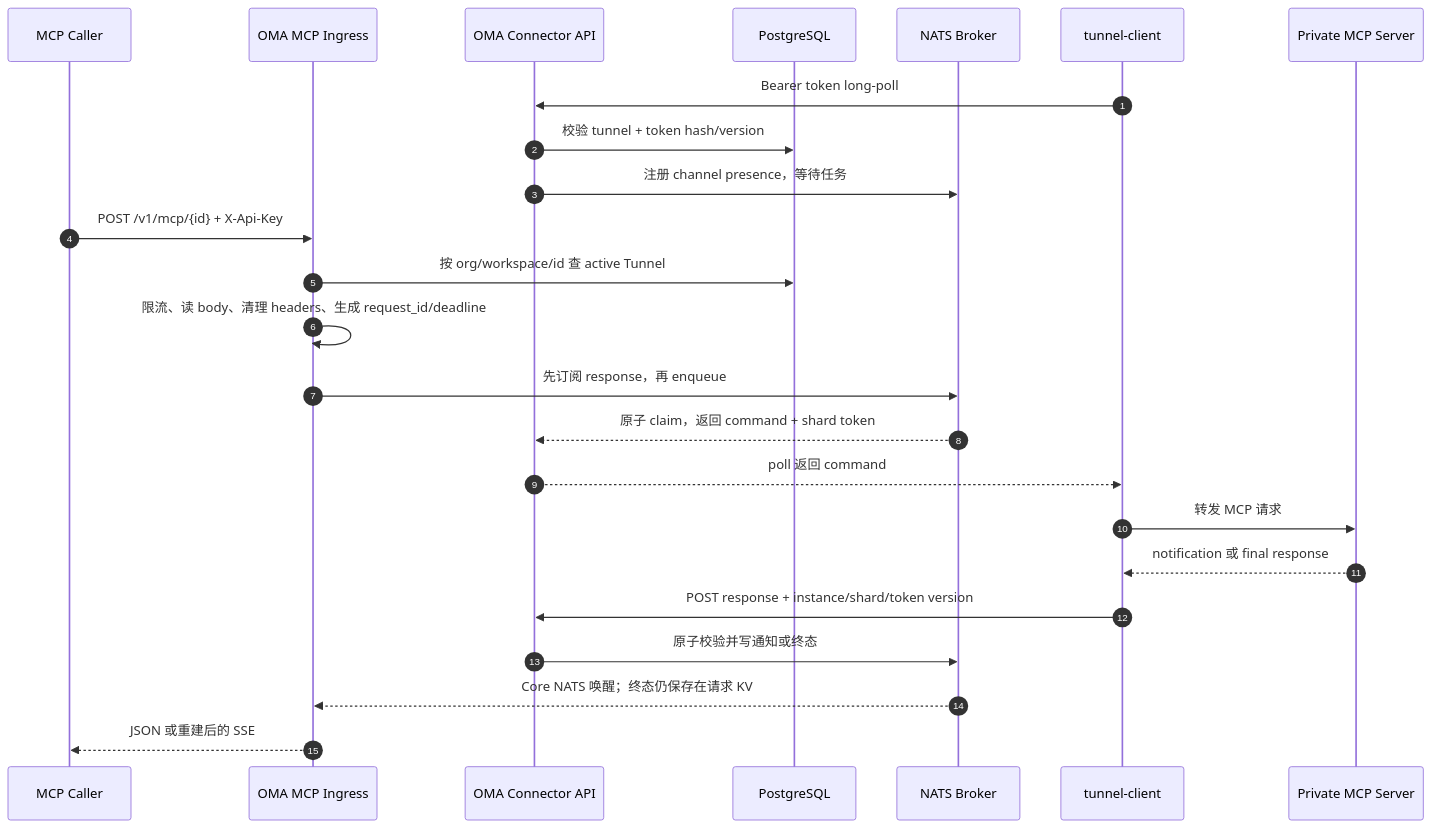
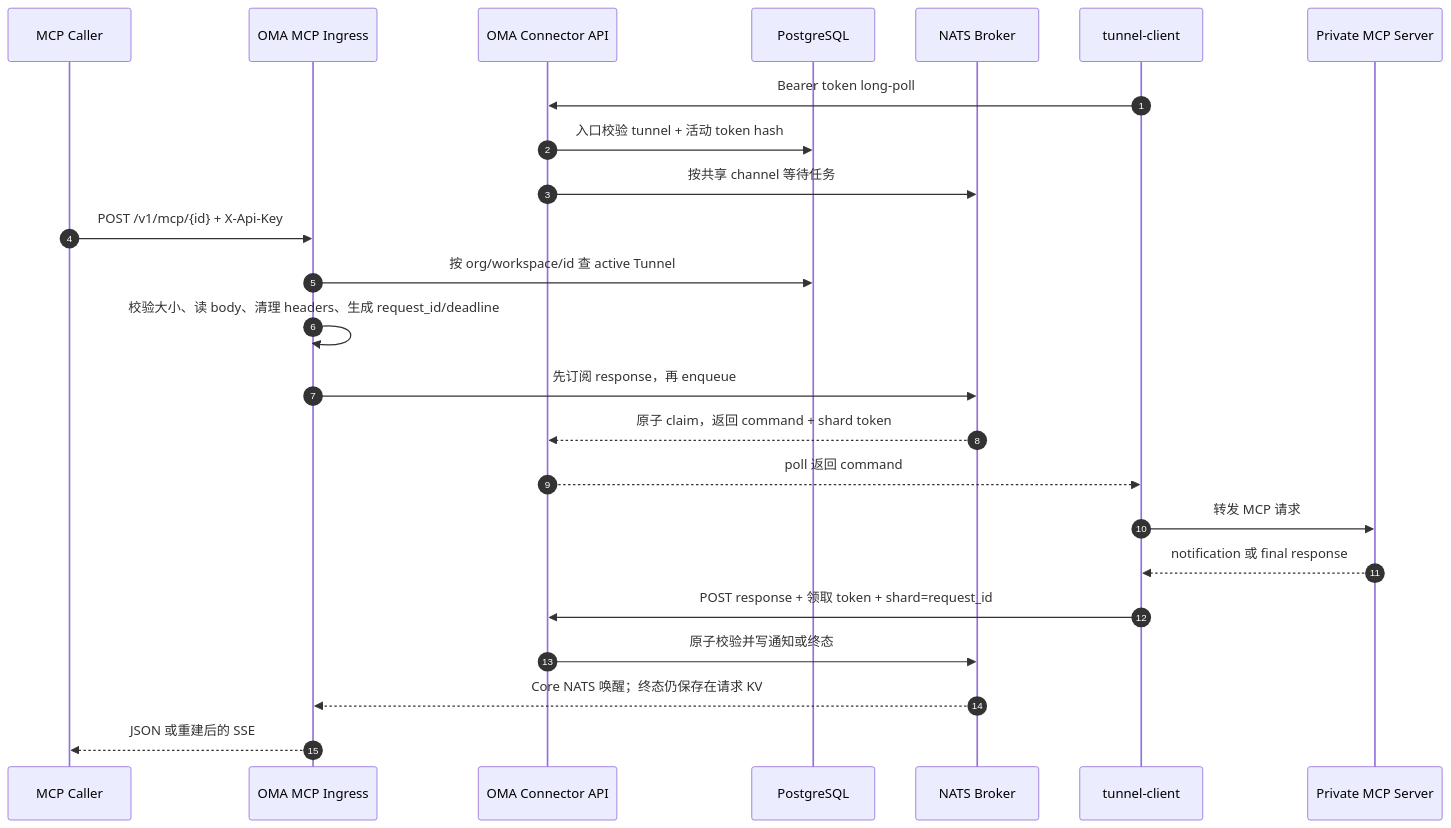
The second of 4 diagrams in docs/design/mcp-tunnel-developer-guide.md (superduck-ai/open-managed-agents), drawn with Mermaid before and after one commit. The commit also changed other lines of this file and 60 other files, not shown here.

````diff
--- a/docs/design/mcp-tunnel-developer-guide.md
+++ b/docs/design/mcp-tunnel-developer-guide.md
@@ -384,27 +389,27 @@
 ```mermaid
 sequenceDiagram
     autonumber
     participant Caller as MCP Caller
     participant Ingress as OMA MCP Ingress
     participant Connector as OMA Connector API
     participant DB as PostgreSQL
     participant Broker as NATS Broker
     participant Client as tunnel-client
     participant MCP as Private MCP Server
 
     Client->>Connector: Bearer token long-poll
-    Connector->>DB: 校验 tunnel + token hash/version
-    Connector->>Broker: 注册 channel presence，等待任务
+    Connector->>DB: 入口校验 tunnel + 活动 token hash
+    Connector->>Broker: 按共享 channel 等待任务
     Caller->>Ingress: POST /v1/mcp/{id} + X-Api-Key
     Ingress->>DB: 按 org/workspace/id 查 active Tunnel
-    Ingress->>Ingress: 限流、读 body、清理 headers、生成 request_id/deadline
+    Ingress->>Ingress: 校验大小、读 body、清理 headers、生成 request_id/deadline
     Ingress->>Broker: 先订阅 response，再 enqueue
     Broker-->>Connector: 原子 claim，返回 command + shard token
     Connector-->>Client: poll 返回 command
     Client->>MCP: 转发 MCP 请求
     MCP-->>Client: notification 或 final response
-    Client->>Connector: POST response + instance/shard/token version
+    Client->>Connector: POST response + 领取 token + shard=request_id
     Connector->>Broker: 原子校验并写通知或终态
     Broker-->>Ingress: Core NATS 唤醒；终态仍保存在请求 KV
     Ingress-->>Caller: JSON 或重建后的 SSE
 ```
````
